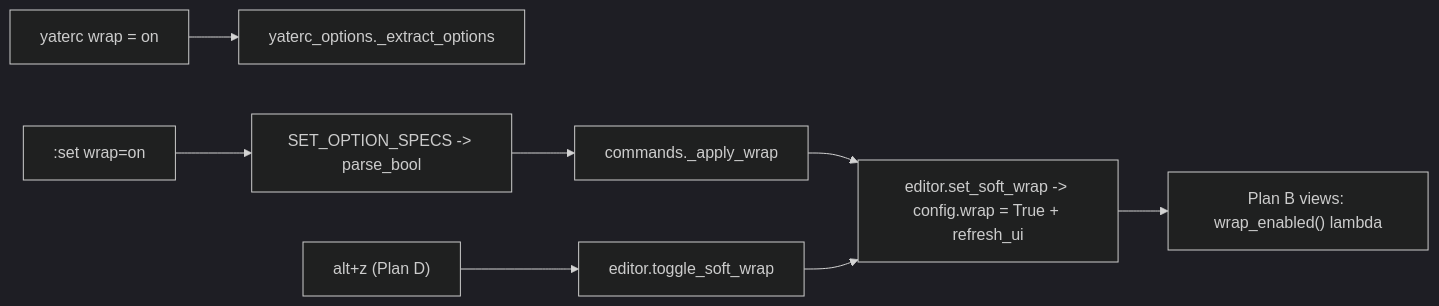
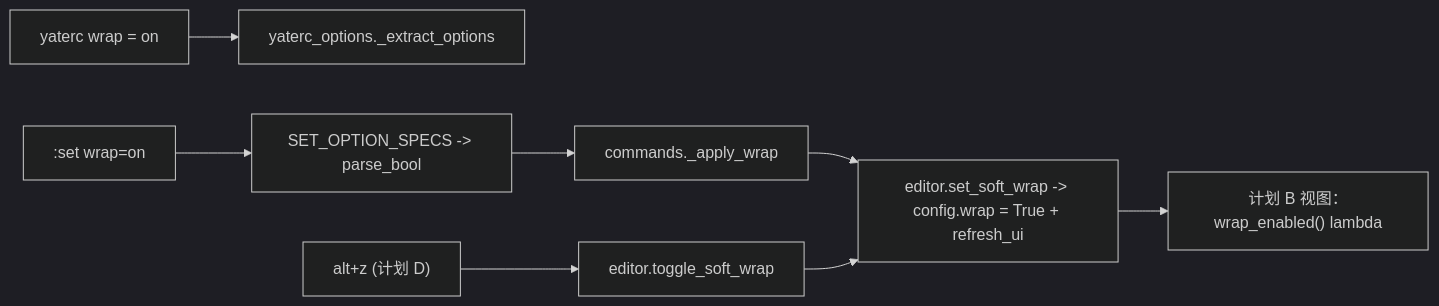
One commit to BigThxBrigde/yate changed the diagram in .trae/documents/soft-wrap-plans/soft-wrap-config-plan-c.md. Above: the diagram before and after it, drawn with Mermaid (dark theme). The commit also changed other lines of this file and 79 other files, not shown here.

````diff
--- a/.trae/documents/soft-wrap-plans/soft-wrap-config-plan-c.md
+++ b/.trae/documents/soft-wrap-plans/soft-wrap-config-plan-c.md
@@ -102,10 +102,10 @@
 ```mermaid
 flowchart LR
   Y["yaterc wrap = on"] --> P["yaterc_options._extract_options"]
   S[":set wrap=on"] --> I["SET_OPTION_SPECS -> parse_bool"]
   I --> A["commands._apply_wrap"]
   A --> E["editor.set_soft_wrap -> config.wrap = True + refresh_ui"]
-  K["alt+z (Plan D)"] --> T["editor.toggle_soft_wrap"]
+  K["alt+z (计划 D)"] --> T["editor.toggle_soft_wrap"]
   T --> E
-  E --> V["Plan B views: wrap_enabled() lambda"]
+  E --> V["计划 B 视图：wrap_enabled() lambda"]
 ```
````
